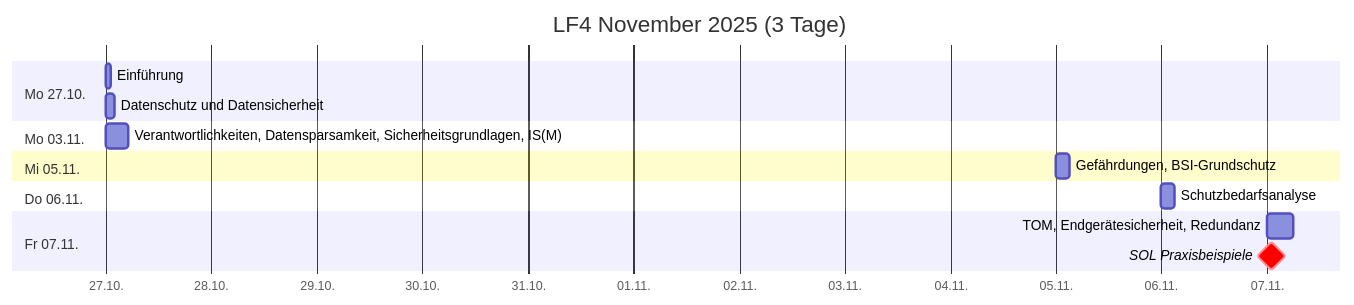
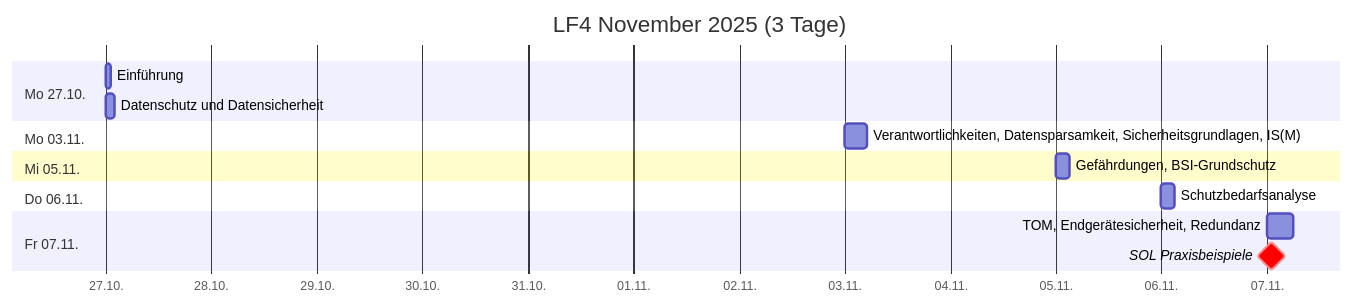
The first of 4 diagrams in src/plan.md (johannesloetzsch/LF4), drawn with Mermaid before and after one commit. The commit also changed 3 other files, not shown here.

````diff
--- a/src/plan.md
+++ b/src/plan.md
@@ -7,18 +7,18 @@
 ```mermaid
 gantt
  title LF4 November 2025 (3 Tage)
  dateFormat YYYY-MM-DD
  axisFormat %d.%m.
  section Mo 27.10.
   Einführung                      :2025-10-27, 1h
   Datenschutz und Datensicherheit :2025-10-27, 2h
  section Mo 03.11.
-  Verantwortlichkeiten, Datensparsamkeit, Sicherheitsgrundlagen, IS(M) :2025-10-27, 5h
+  Verantwortlichkeiten, Datensparsamkeit, Sicherheitsgrundlagen, IS(M) :2025-11-03, 5h
  section Mi 05.11.
   Gefährdungen, BSI-Grundschutz   :2025-11-05, 3h
  section Do 06.11.
   Schutzbedarfsanalyse            :2025-11-06, 3h
  section Fr 07.11.
   TOM, Endgerätesicherheit, Redundanz  :2025-11-07, 6h
   SOL Praxisbeispiele             :crit, milestone, 2025-11-07, 2h
 ```
````
